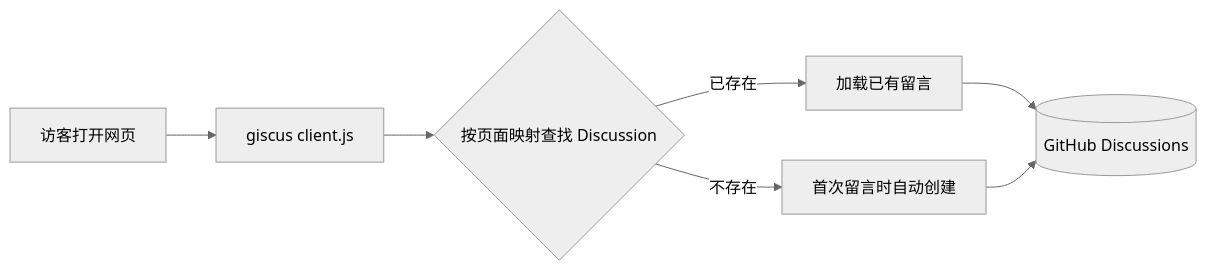
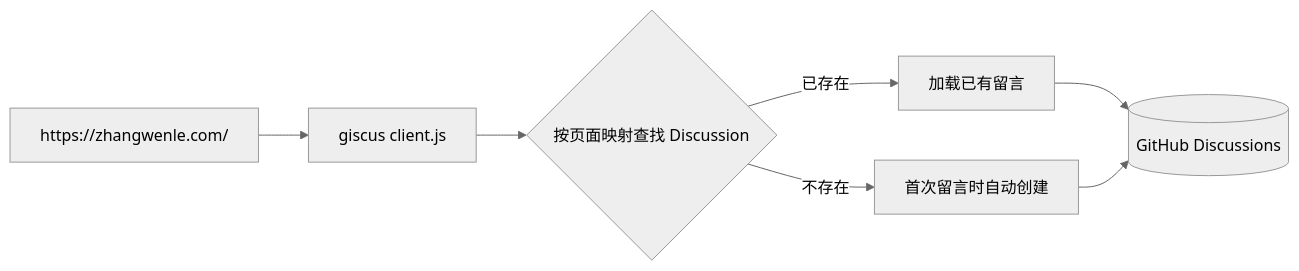
One commit to LeChuangDev/lechuang-comments changed the diagram in README.md. Above: the diagram before and after it, drawn with Mermaid (neutral theme).

Commit message:
改变网址

````diff
--- a/README.md
+++ b/README.md
@@ -24,9 +24,9 @@
 ```mermaid
 flowchart LR
-  A[访客打开网页] --> B[giscus client.js]
+  A[https://zhangwenle.com/] --> B[giscus client.js]
   B --> C{按页面映射查找 Discussion}
   C -->|已存在| D[加载已有留言]
   C -->|不存在| E[首次留言时自动创建]
   D --> F[(GitHub Discussions)]
   E --> F
 ```
````
